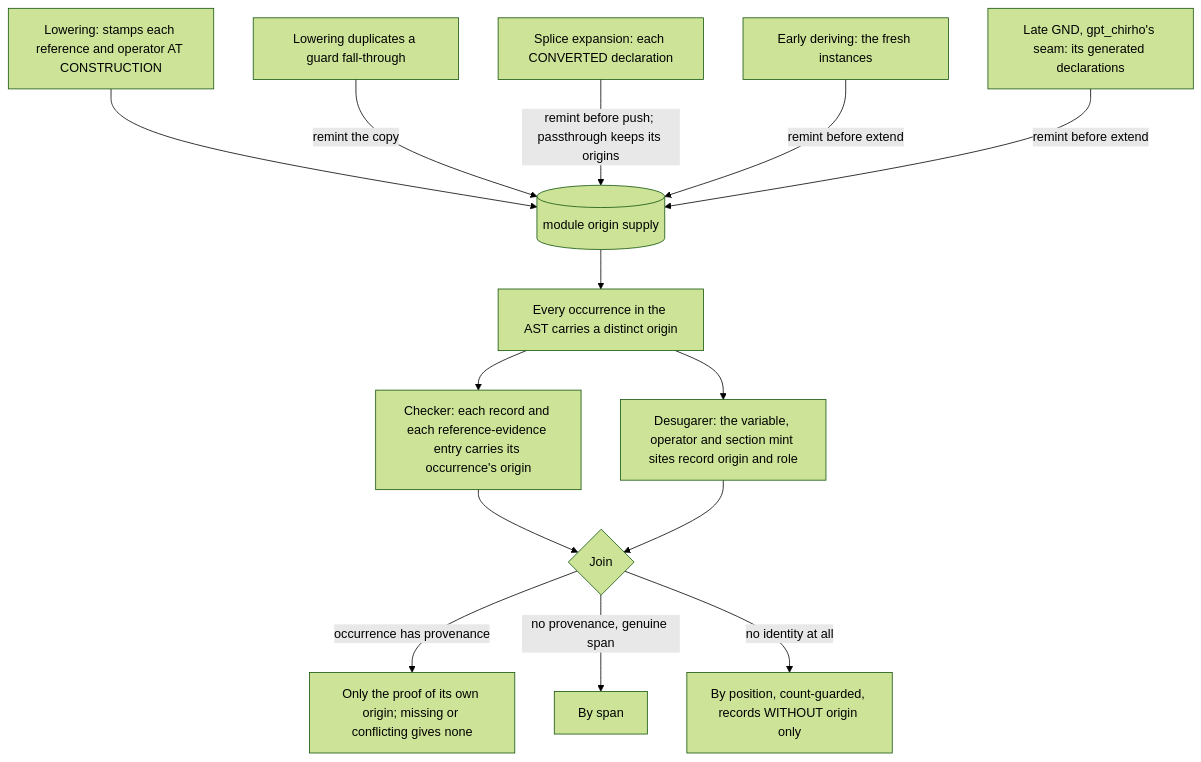
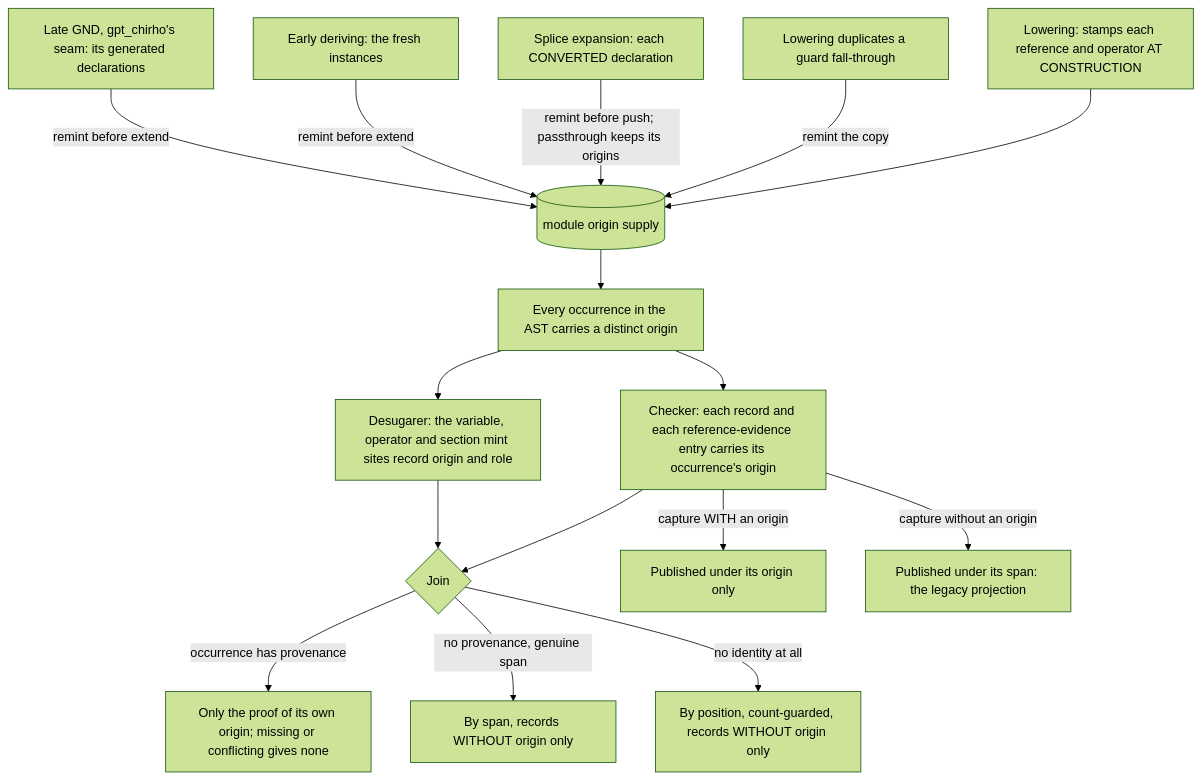
One commit to loveJesus/haskelujah-chirho changed the fourth of 4 diagrams in spec-chirho/workflows-chirho/language-features-chirho/dictionary-evidence-chirho.md. Above: the diagram before and after it, drawn with Mermaid (forest theme). The commit also changed other lines of this file and 6 other files, not shown here.

````diff
--- a/spec-chirho/workflows-chirho/language-features-chirho/dictionary-evidence-chirho.md
+++ b/spec-chirho/workflows-chirho/language-features-chirho/dictionary-evidence-chirho.md
@@ -148,16 +148,18 @@
 ```mermaid
 flowchart TD
     lower_chirho[Lowering: stamps each reference and operator AT CONSTRUCTION] --> supply_chirho[(module origin supply)]
     dup_chirho[Lowering duplicates a guard fall-through] -->|remint the copy| supply_chirho
     splice_chirho[Splice expansion: each CONVERTED declaration] -->|remint before push; passthrough keeps its origins| supply_chirho
     derive_chirho[Early deriving: the fresh instances] -->|remint before extend| supply_chirho
     gnd_chirho[Late GND, gpt_chirho's seam: its generated declarations] -->|remint before extend| supply_chirho
     supply_chirho --> ast_chirho[Every occurrence in the AST carries a distinct origin]
     ast_chirho --> check_chirho[Checker: each record and each reference-evidence entry carries its occurrence's origin]
     ast_chirho --> desugar_chirho[Desugarer: the variable, operator and section mint sites record origin and role]
     check_chirho --> join_chirho{Join}
     desugar_chirho --> join_chirho
     join_chirho -->|occurrence has provenance| own_chirho[Only the proof of its own origin; missing or conflicting gives none]
-    join_chirho -->|no provenance, genuine span| span_chirho[By span]
+    join_chirho -->|no provenance, genuine span| span_chirho[By span, records WITHOUT origin only]
     join_chirho -->|no identity at all| position_chirho[By position, count-guarded, records WITHOUT origin only]
+    check_chirho -->|capture WITH an origin| owned_chirho[Published under its origin only]
+    check_chirho -->|capture without an origin| legacy_chirho[Published under its span: the legacy projection]
 ```
````
